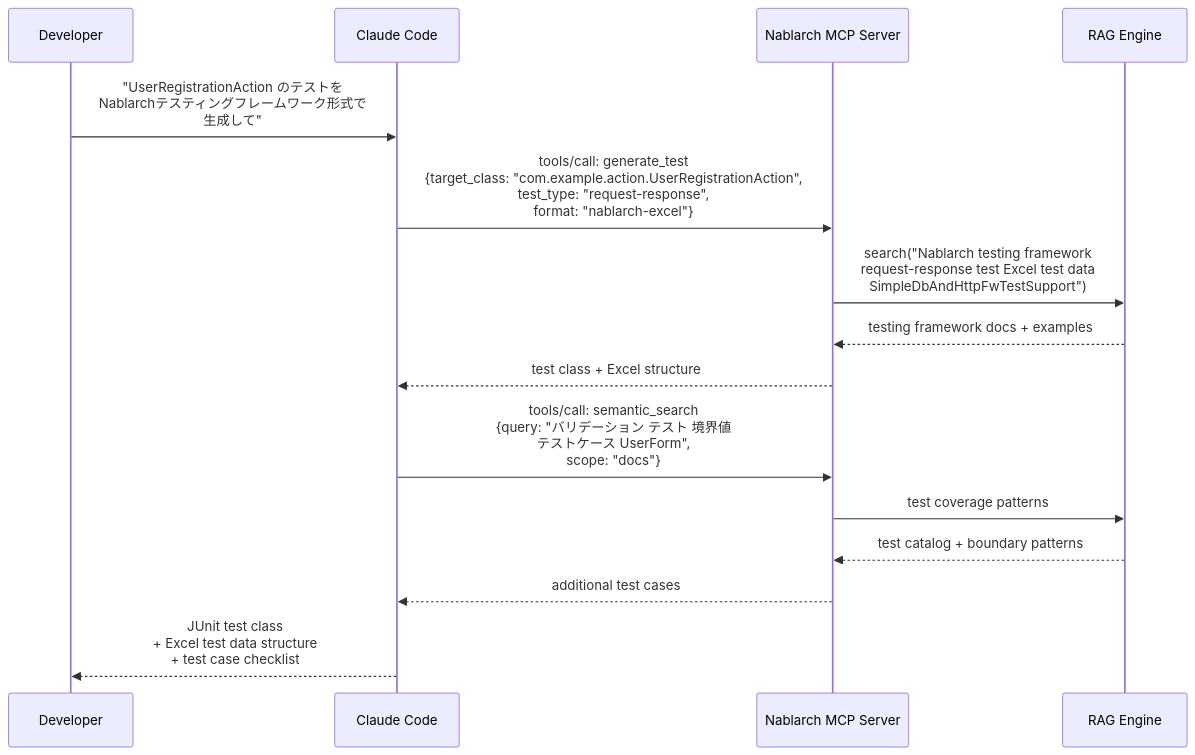
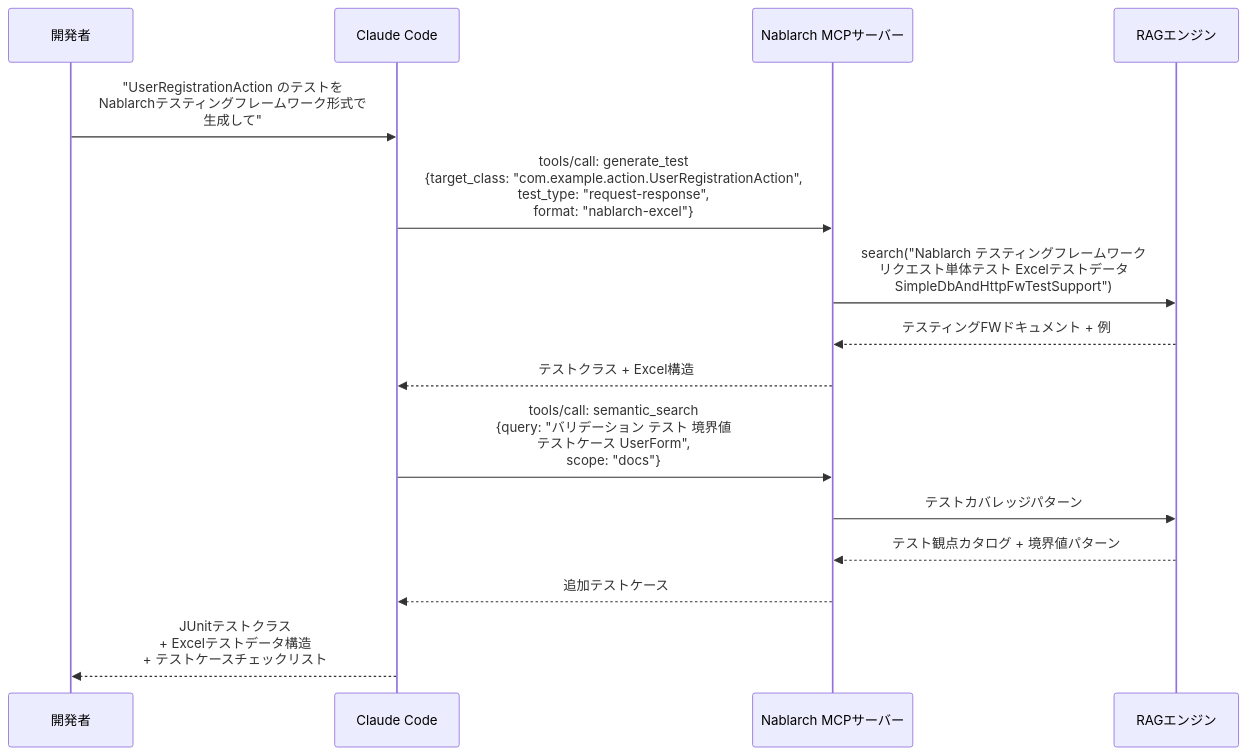
Before and after one commit to kumagoro1202/nablarch-mcp-server: the sixth of 9 diagrams in docs/use-cases.md, drawn with Mermaid. The commit also changed other lines of this file and 3 other files, not shown here.

````diff
--- a/docs/use-cases.md
+++ b/docs/use-cases.md
@@ -580,23 +566,23 @@
 ```mermaid
 sequenceDiagram
-    participant Dev as Developer
+    participant Dev as 開発者
     participant AI as Claude Code
-    participant MCP as Nablarch MCP Server
-    participant RAG as RAG Engine
+    participant MCP as Nablarch MCPサーバー
+    participant RAG as RAGエンジン
 
     Dev->>AI: "UserRegistrationAction のテストを<br/>Nablarchテスティングフレームワーク形式で<br/>生成して"
 
     AI->>MCP: tools/call: generate_test<br/>{target_class: "com.example.action.UserRegistrationAction",<br/> test_type: "request-response",<br/> format: "nablarch-excel"}
 
-    MCP->>RAG: search("Nablarch testing framework<br/>request-response test Excel test data<br/>SimpleDbAndHttpFwTestSupport")
-    RAG-->>MCP: testing framework docs + examples
+    MCP->>RAG: search("Nablarch テスティングフレームワーク<br/>リクエスト単体テスト Excelテストデータ<br/>SimpleDbAndHttpFwTestSupport")
+    RAG-->>MCP: テスティングFWドキュメント + 例
 
-    MCP-->>AI: test class + Excel structure
+    MCP-->>AI: テストクラス + Excel構造
 
     AI->>MCP: tools/call: semantic_search<br/>{query: "バリデーション テスト 境界値<br/>テストケース UserForm",<br/> scope: "docs"}
-    MCP->>RAG: test coverage patterns
-    RAG-->>MCP: test catalog + boundary patterns
-    MCP-->>AI: additional test cases
+    MCP->>RAG: テストカバレッジパターン
+    RAG-->>MCP: テスト観点カタログ + 境界値パターン
+    MCP-->>AI: 追加テストケース
 
-    AI-->>Dev: JUnit test class<br/>+ Excel test data structure<br/>+ test case checklist
+    AI-->>Dev: JUnitテストクラス<br/>+ Excelテストデータ構造<br/>+ テストケースチェックリスト
 ```
````
